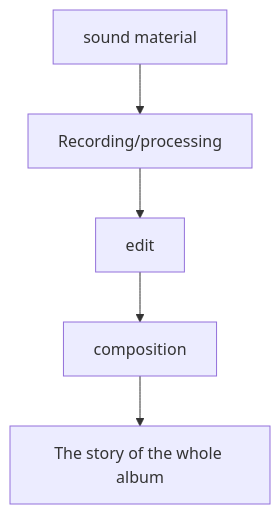
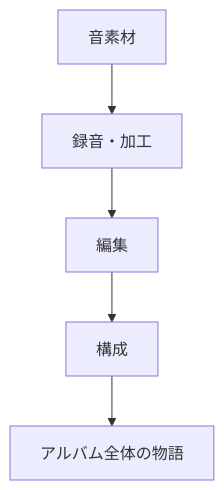
The second of 7 diagrams in en/_posts/2026-04-25-column-pink-floyd.md (monumental-movement/monumental-movement.github.io), drawn with Mermaid before and after one commit. The commit also changed other lines of this file and 2196 other files, not shown here.

```diff
--- a/en/_posts/2026-04-25-column-pink-floyd.md
+++ b/en/_posts/2026-04-25-column-pink-floyd.md
@@ -87,7 +86,7 @@
 <div class="mermaid">
 graph TD
-    A[sound material] --> B[Recording/processing]
-    B --> C[edit]
-    C --> D[composition]
-    D --> E[The story of the whole album]
+    A[音素材] --> B[録音・加工]
+    B --> C[編集]
+    C --> D[構成]
+    D --> E[アルバム全体の物語]
 </div>
```
